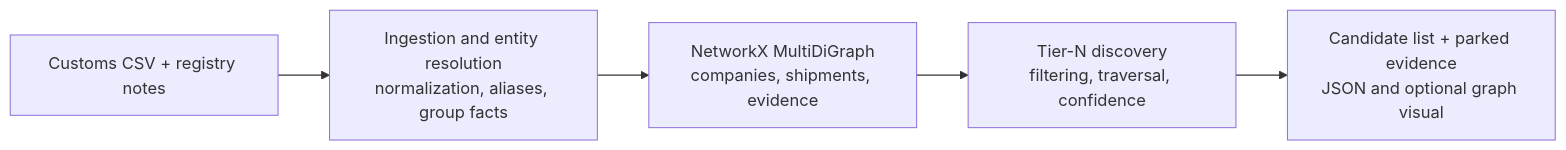
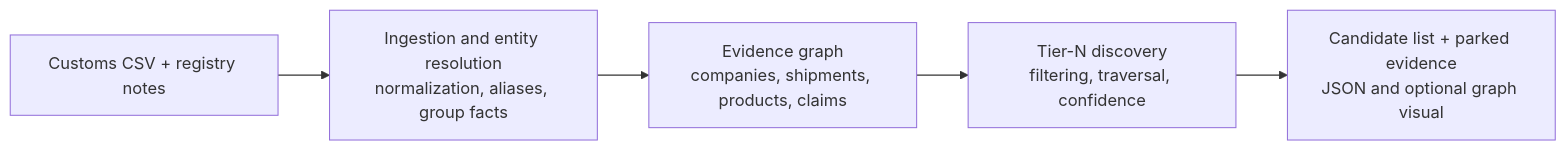
The first of 2 diagrams in architecture.md (agsti/customs_graph), drawn with Mermaid before and after one commit. The commit also changed other lines of this file and 1 other file, not shown here.

Commit message:
architecture

````diff
--- a/architecture.md
+++ b/architecture.md
@@ -5,10 +20,10 @@
 ```mermaid
 flowchart LR
     Sources[Customs CSV + registry notes]
     Resolve[Ingestion and entity resolution<br/>normalization, aliases, group facts]
-    Graph[NetworkX MultiDiGraph<br/>companies, shipments, evidence]
+    Graph[Evidence graph<br/>companies, shipments, products, claims]
     Discover[Tier-N discovery<br/>filtering, traversal, confidence]
     Outputs[Candidate list + parked evidence<br/>JSON and optional graph visual]
 
     Sources --> Resolve --> Graph --> Discover --> Outputs
 ```
````
